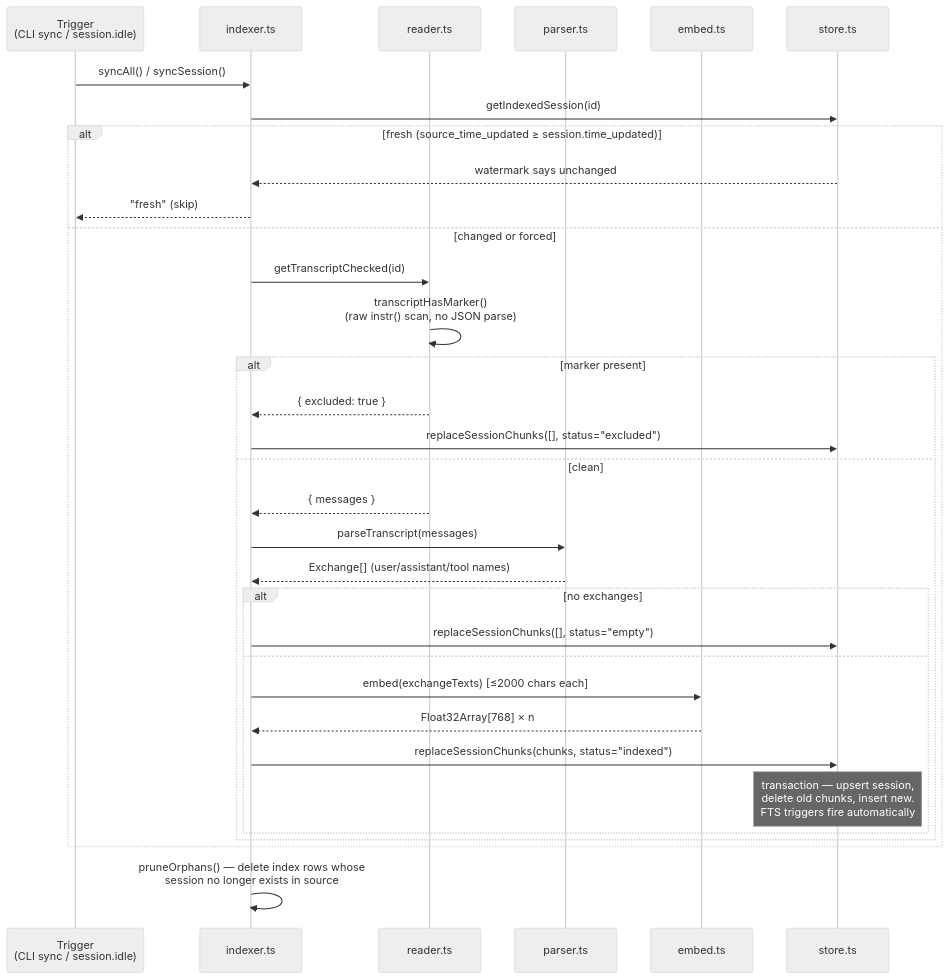
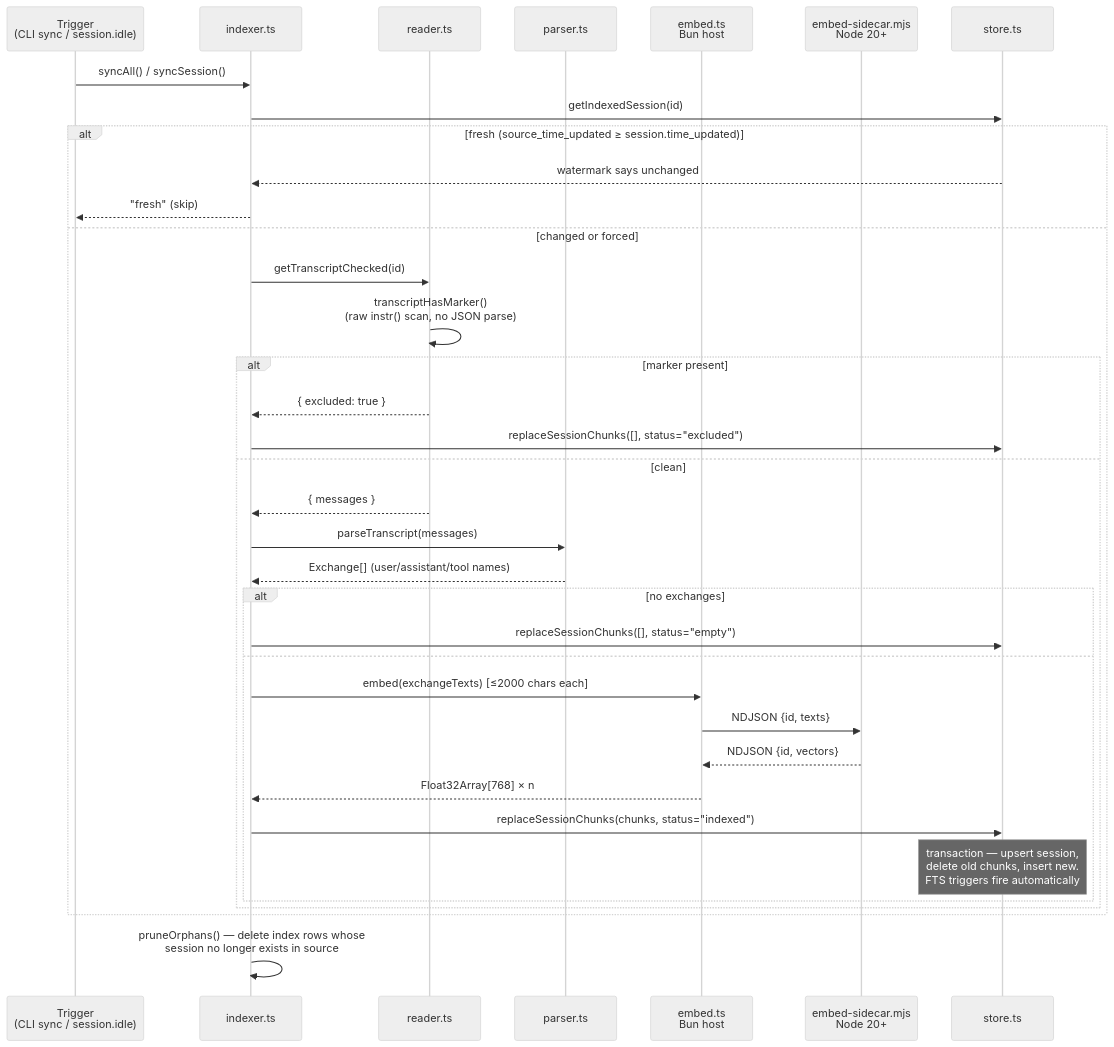
One commit to robertn702/opencode-episodic-memory changed the second of 3 diagrams in ARCHITECTURE.md. Above: the diagram before and after it, drawn with Mermaid (neutral theme). The commit also changed other lines of this file and 11 other files, not shown here.

Commit message:
fix: isolate embedding in a Node sidecar

````diff
--- a/ARCHITECTURE.md
+++ b/ARCHITECTURE.md
@@ -137,36 +145,39 @@
 ```mermaid
 sequenceDiagram
     participant T as Trigger<br/>(CLI sync / session.idle)
     participant I as indexer.ts
     participant R as reader.ts
     participant P as parser.ts
-    participant E as embed.ts
+    participant E as embed.ts<br/>Bun host
+    participant N as embed-sidecar.mjs<br/>Node 20+
     participant S as store.ts
 
     T->>I: syncAll() / syncSession()
     I->>S: getIndexedSession(id)
     alt fresh (source_time_updated ≥ session.time_updated)
         S-->>I: watermark says unchanged
         I-->>T: "fresh" (skip)
     else changed or forced
         I->>R: getTranscriptChecked(id)
         R->>R: transcriptHasMarker()<br/>(raw instr() scan, no JSON parse)
         alt marker present
             R-->>I: { excluded: true }
             I->>S: replaceSessionChunks([], status="excluded")
         else clean
             R-->>I: { messages }
             I->>P: parseTranscript(messages)
             P-->>I: Exchange[] (user/assistant/tool names)
             alt no exchanges
                 I->>S: replaceSessionChunks([], status="empty")
             else
                 I->>E: embed(exchangeTexts)  [≤2000 chars each]
+                E->>N: NDJSON {id, texts}
+                N-->>E: NDJSON {id, vectors}
                 E-->>I: Float32Array[768] × n
                 I->>S: replaceSessionChunks(chunks, status="indexed")
                 Note over S: transaction — upsert session,<br/>delete old chunks, insert new.<br/>FTS triggers fire automatically
             end
         end
     end
     I->>I: pruneOrphans() — delete index rows whose<br/>session no longer exists in source
 ```
````
